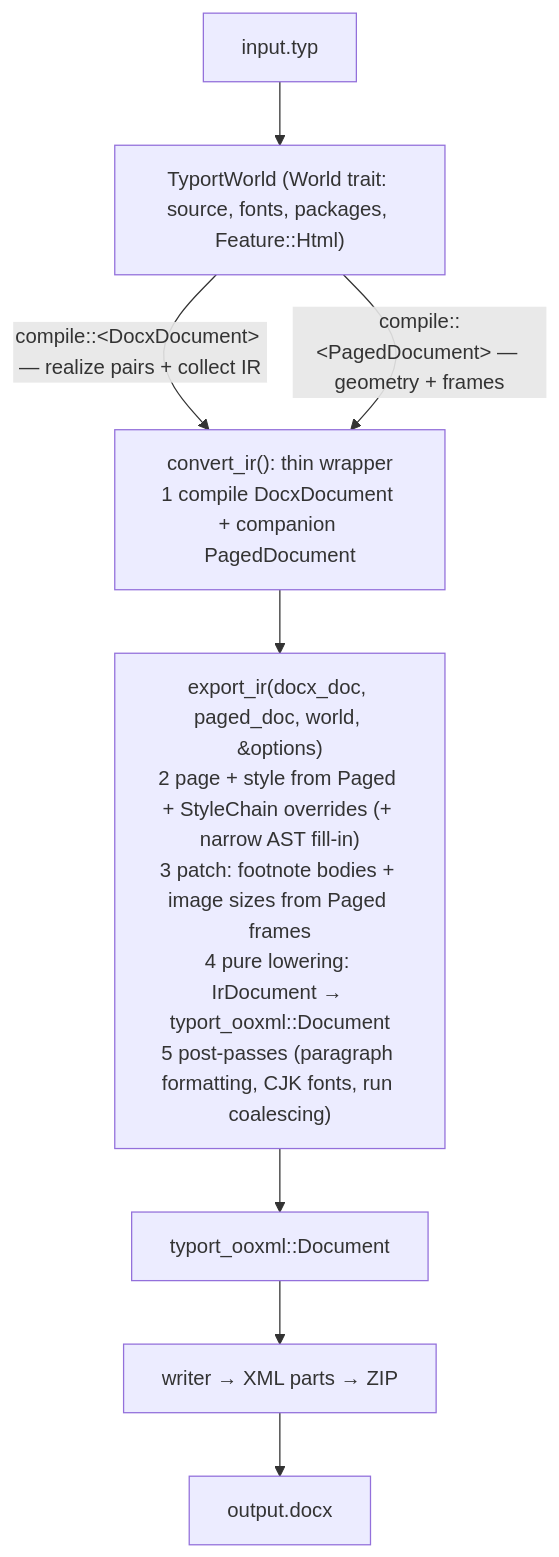
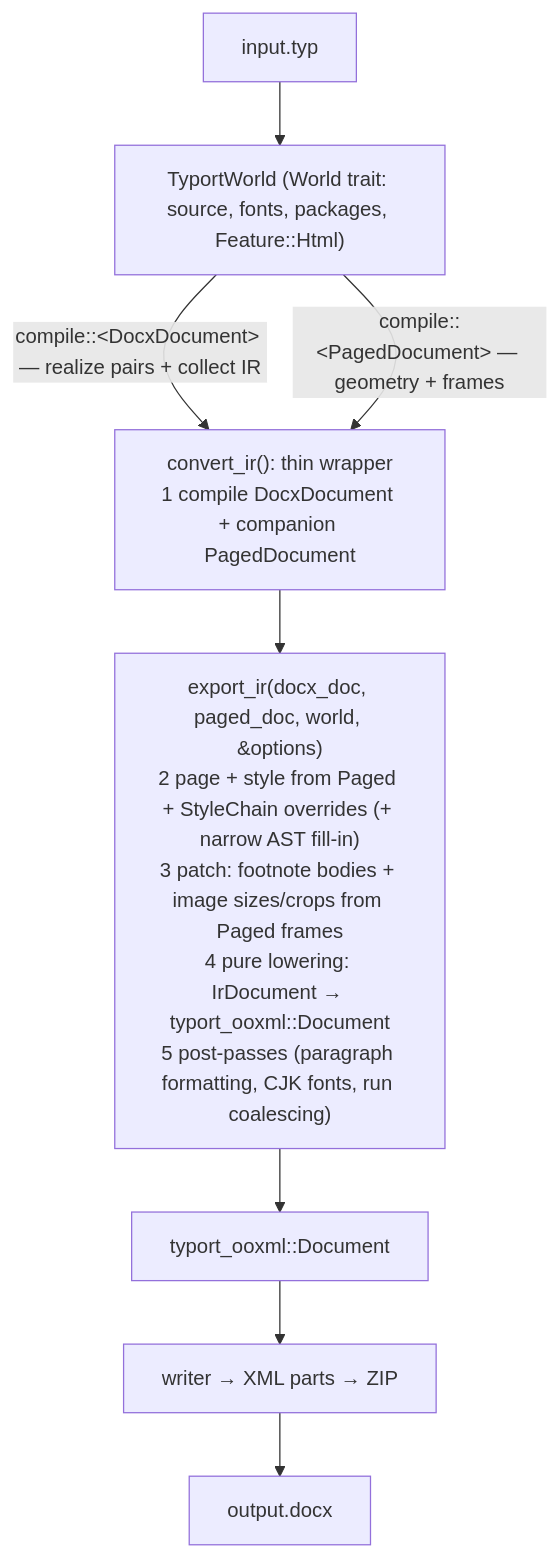
Before and after one commit to kwadraten/tydocx: the first of 2 diagrams in docs/ARCHITECTURE.md, drawn with Mermaid. The commit also changed other lines of this file and 26 other files, not shown here.

````diff
--- a/docs/ARCHITECTURE.md
+++ b/docs/ARCHITECTURE.md
@@ -149,10 +149,10 @@
 ```mermaid
 flowchart TD
     INPUT["input.typ"] --> WORLD["TyportWorld (World trait: source, fonts, packages, Feature::Html)"]
     WORLD -->|compile::&lt;DocxDocument&gt; — realize pairs + collect IR| COMPILE["convert_ir(): thin wrapper<br/>1 compile DocxDocument + companion PagedDocument"]
     WORLD -->|compile::&lt;PagedDocument&gt; — geometry + frames| COMPILE
-    COMPILE --> EXPORT["export_ir(docx_doc, paged_doc, world, &options)<br/>2 page + style from Paged + StyleChain overrides (+ narrow AST fill-in)<br/>3 patch: footnote bodies + image sizes from Paged frames<br/>4 pure lowering: IrDocument → typort_ooxml::Document<br/>5 post-passes (paragraph formatting, CJK fonts, run coalescing)"]
+    COMPILE --> EXPORT["export_ir(docx_doc, paged_doc, world, &options)<br/>2 page + style from Paged + StyleChain overrides (+ narrow AST fill-in)<br/>3 patch: footnote bodies + image sizes/crops from Paged frames<br/>4 pure lowering: IrDocument → typort_ooxml::Document<br/>5 post-passes (paragraph formatting, CJK fonts, run coalescing)"]
     EXPORT --> IR["typort_ooxml::Document"]
     IR --> WRITER["writer → XML parts → ZIP"]
     WRITER --> OUT["output.docx"]
 ```
````
